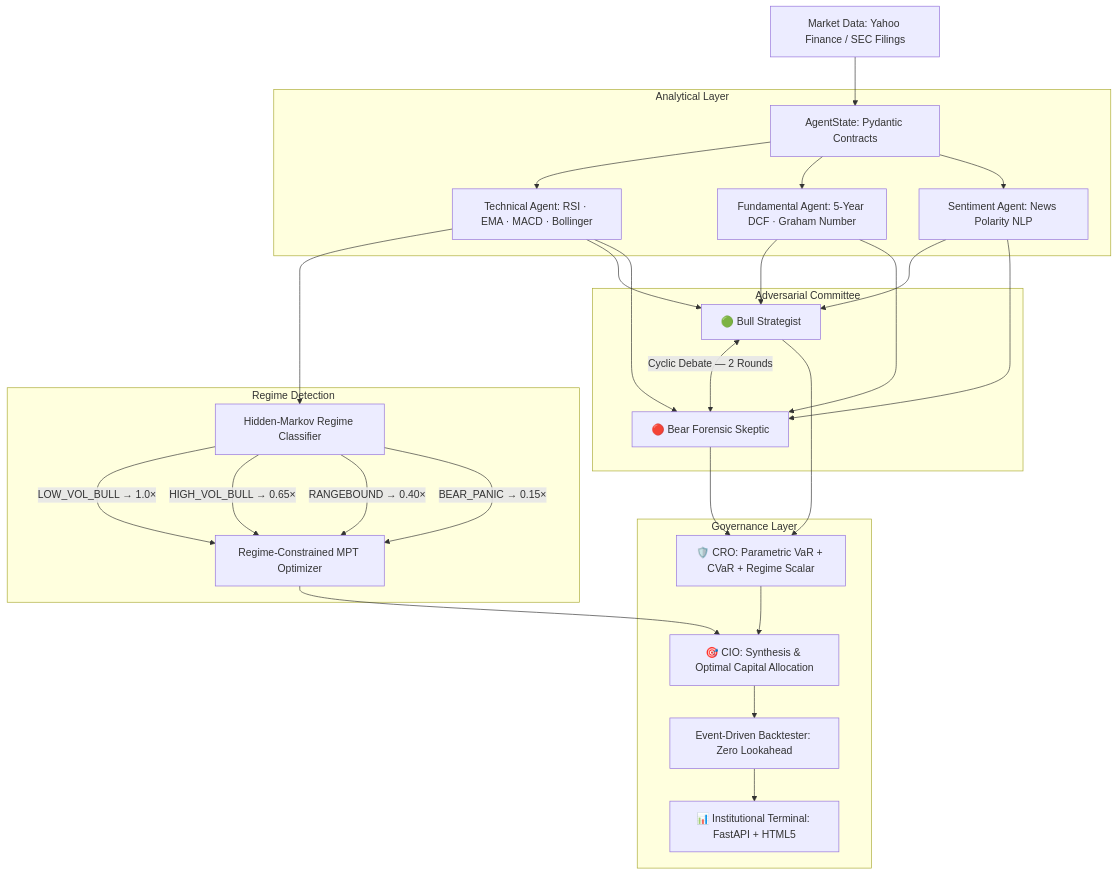
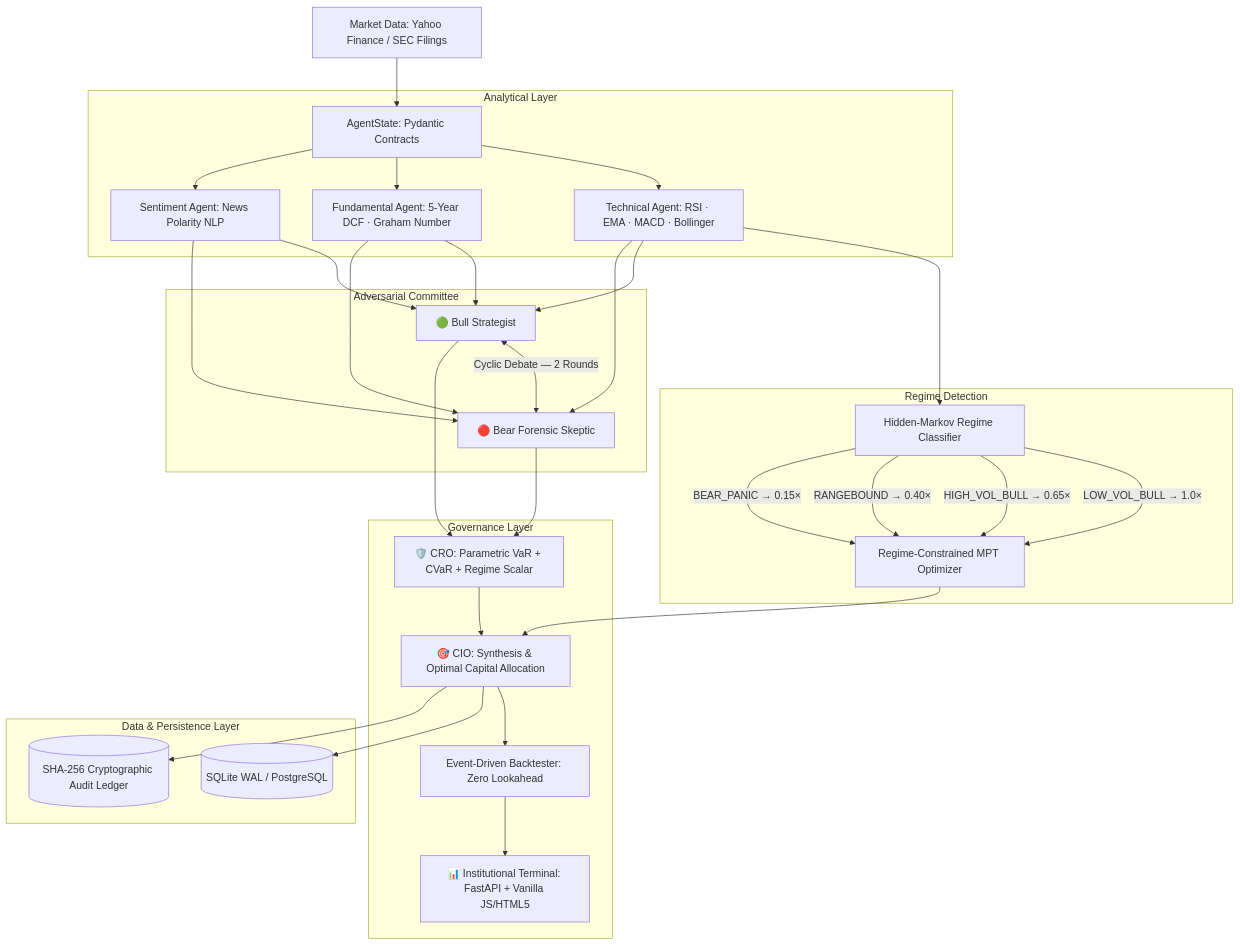
One commit to wscubshantanu/ai-hedge-fund-new changed the diagram in README.md. Above: the diagram before and after it, drawn with Mermaid. The commit also changed other lines of this file, not shown here.

Commit message:
docs: finalize architecture specifications and deployment guides

````diff
--- a/README.md
+++ b/README.md
@@ -24,32 +27,37 @@
 ```mermaid
 graph TD
     A[Market Data: Yahoo Finance / SEC Filings] --> B[AgentState: Pydantic Contracts]
 
     subgraph Analytical Layer
         B --> C[Technical Agent: RSI · EMA · MACD · Bollinger]
         B --> D[Fundamental Agent: 5-Year DCF · Graham Number]
         B --> E[Sentiment Agent: News Polarity NLP]
     end
 
     subgraph Regime Detection
         C --> R[Hidden-Markov Regime Classifier]
         R -->|LOW_VOL_BULL → 1.0×| POS
         R -->|HIGH_VOL_BULL → 0.65×| POS
         R -->|RANGEBOUND → 0.40×| POS
         R -->|BEAR_PANIC → 0.15×| POS[Regime-Constrained MPT Optimizer]
     end
 
     subgraph Adversarial Committee
         C & D & E --> F[🟢 Bull Strategist]
         C & D & E --> G[🔴 Bear Forensic Skeptic]
         F <-->|Cyclic Debate — 2 Rounds| G
     end
 
     subgraph Governance Layer
         F & G --> H[🛡️ CRO: Parametric VaR + CVaR + Regime Scalar]
         H --> I[🎯 CIO: Synthesis & Optimal Capital Allocation]
         I --> J[Event-Driven Backtester: Zero Lookahead]
         POS --> I
-        J --> K[📊 Institutional Terminal: FastAPI + HTML5]
+        J --> K[📊 Institutional Terminal: FastAPI + Vanilla JS/HTML5]
+    end
+
+    subgraph Data & Persistence Layer
+        I --> L[(SQLite WAL / PostgreSQL)]
+        I --> M[(SHA-256 Cryptographic Audit Ledger)]
     end
 ```
````
